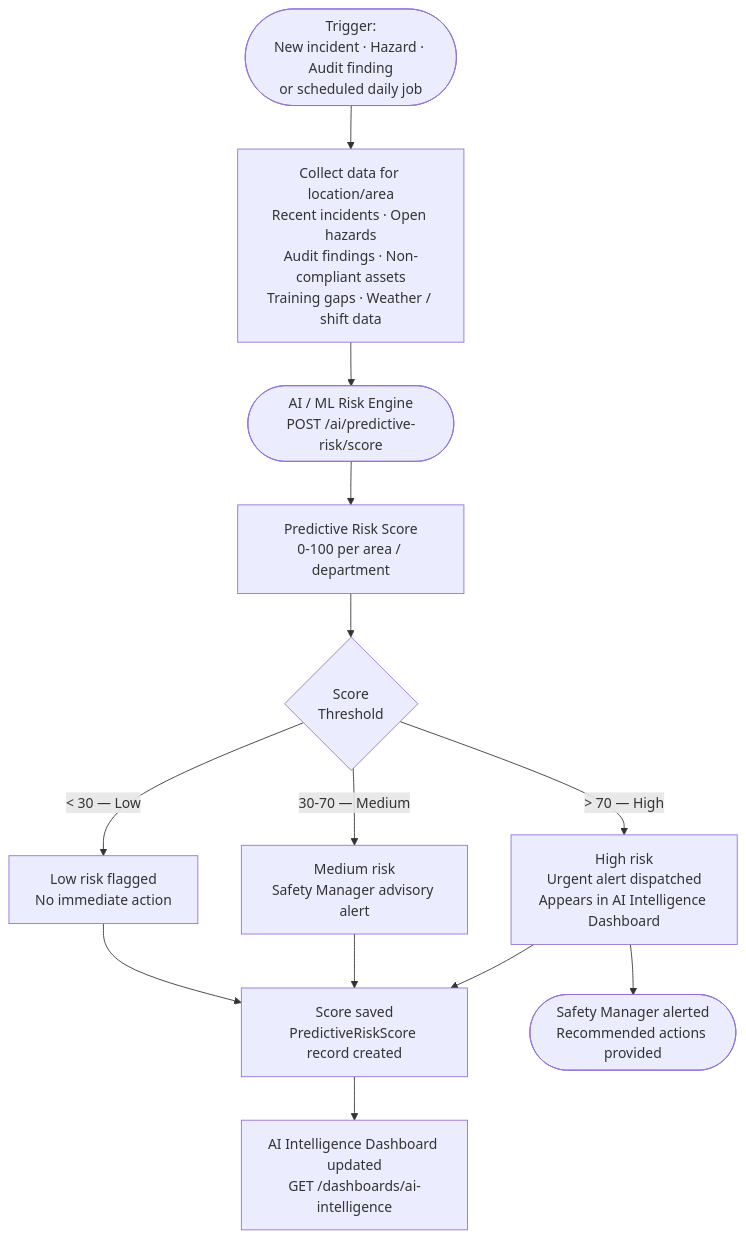
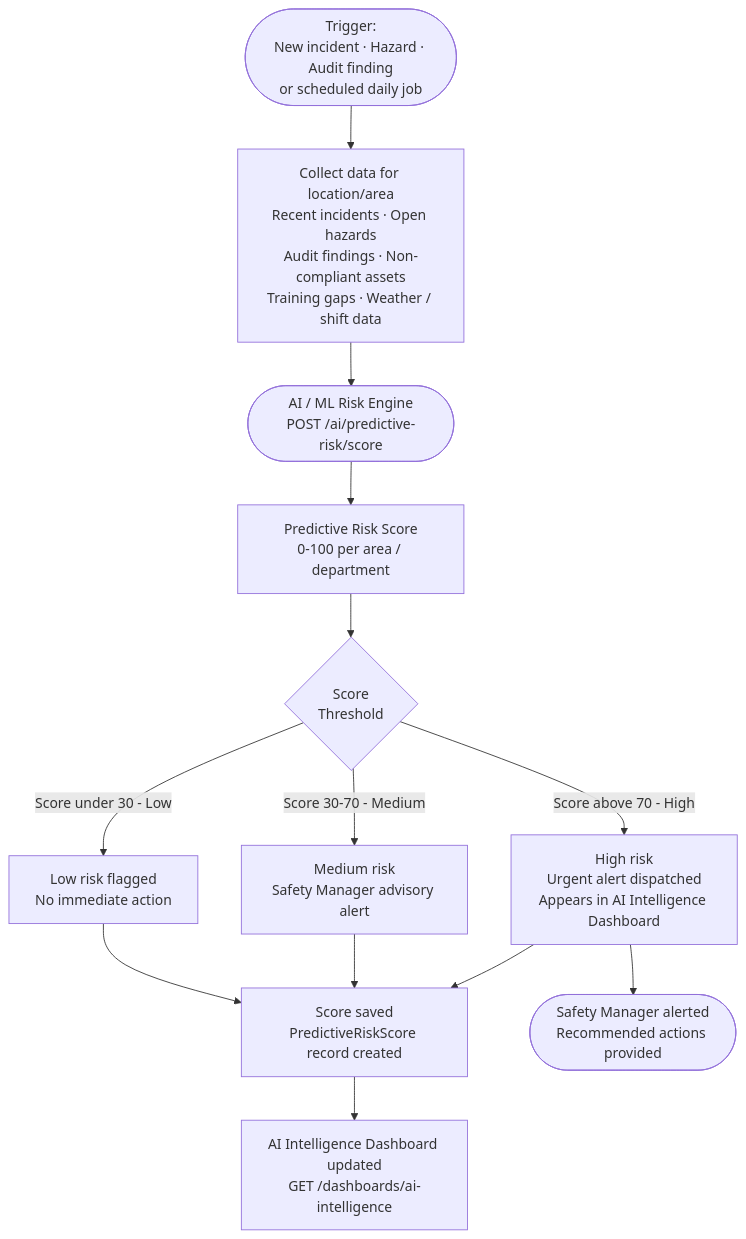
One commit to Nandan222001/health_smart_engage changed the second of 4 diagrams in docs/diagrams/flows/10_ai_advisor_flow.md. Above: the diagram before and after it, drawn with Mermaid. The commit also changed other lines of this file and 15 other files, not shown here.

First line of the commit message:
fix: repair Mermaid rendering errors across all diagram files

````diff
--- a/docs/diagrams/flows/10_ai_advisor_flow.md
+++ b/docs/diagrams/flows/10_ai_advisor_flow.md
@@ -41,16 +41,16 @@
 ```mermaid
 flowchart TD
     TRIGGER([Trigger:\nNew incident · Hazard · Audit finding\nor scheduled daily job]) --> COLLECT_DATA[Collect data for location/area\nRecent incidents · Open hazards\nAudit findings · Non-compliant assets\nTraining gaps · Weather / shift data]
 
     COLLECT_DATA --> AI_RISK_ENGINE([AI / ML Risk Engine\nPOST /ai/predictive-risk/score])
     AI_RISK_ENGINE --> SCORE[Predictive Risk Score\n0-100 per area / department]
     SCORE --> THRESHOLDS{Score\nThreshold}
-    THRESHOLDS -->|< 30 — Low| LOW_RISK[Low risk flagged\nNo immediate action]
-    THRESHOLDS -->|30-70 — Medium| MED_RISK[Medium risk\nSafety Manager advisory alert]
-    THRESHOLDS -->|> 70 — High| HIGH_RISK[High risk\nUrgent alert dispatched\nAppears in AI Intelligence Dashboard]
+    THRESHOLDS -->|Score under 30 - Low| LOW_RISK[Low risk flagged\nNo immediate action]
+    THRESHOLDS -->|Score 30-70 - Medium| MED_RISK[Medium risk\nSafety Manager advisory alert]
+    THRESHOLDS -->|Score above 70 - High| HIGH_RISK[High risk\nUrgent alert dispatched\nAppears in AI Intelligence Dashboard]
 
     LOW_RISK & MED_RISK & HIGH_RISK --> SAVE_SCORE[Score saved\nPredictiveRiskScore record created]
     SAVE_SCORE --> DASH_UPDATE[AI Intelligence Dashboard updated\nGET /dashboards/ai-intelligence]
 
     HIGH_RISK --> SM_ALERT([Safety Manager alerted\nRecommended actions provided])
 ```
````
